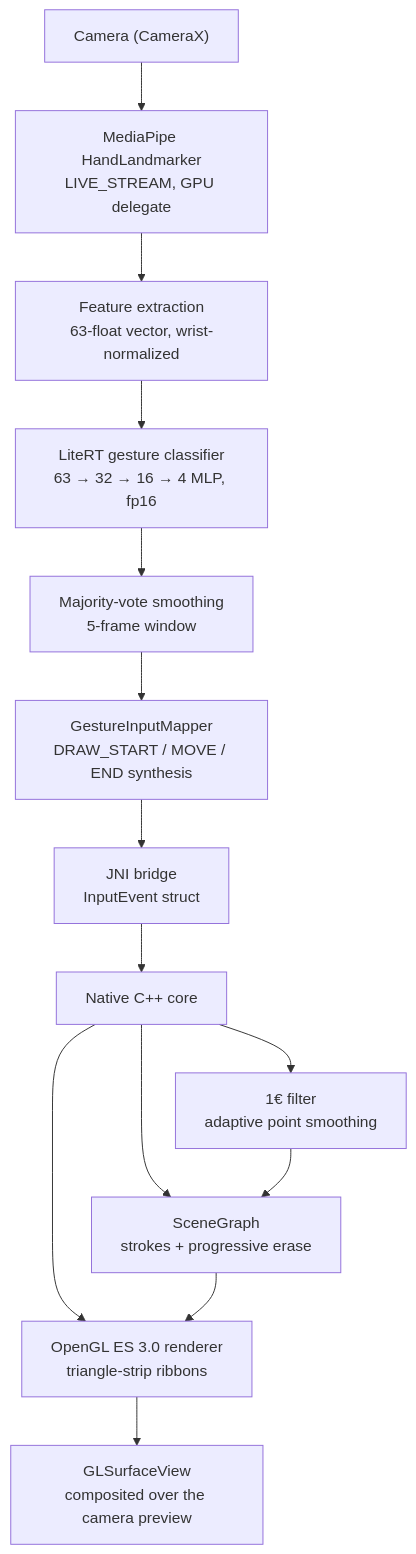
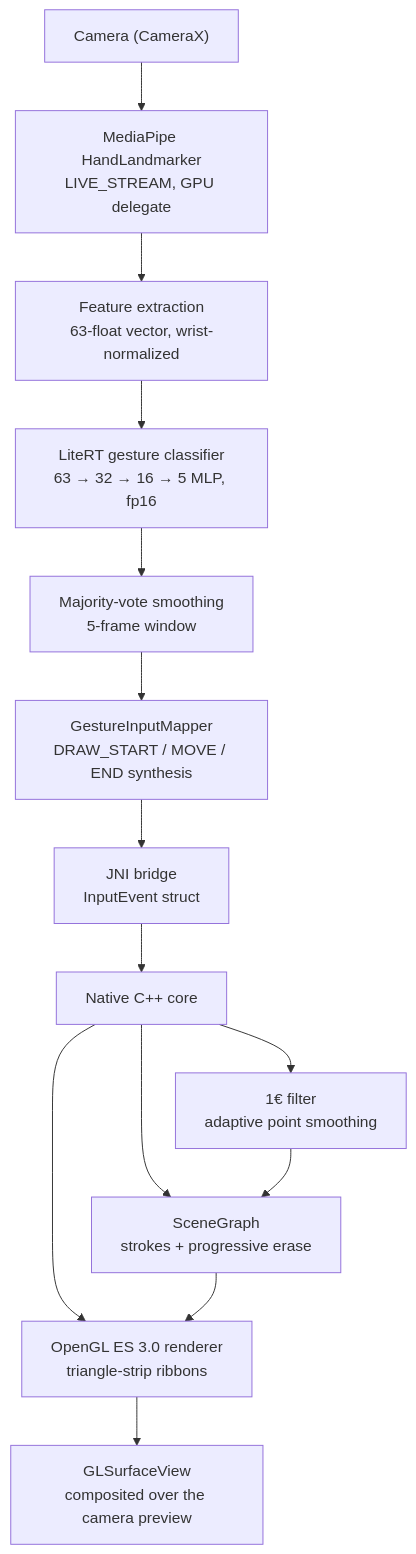
One commit to MaksimAbramenka/GestureControl changed the first of 2 diagrams in README.md. Above: the diagram before and after it, drawn with Mermaid. The commit also changed other lines of this file and 1 other file, not shown here.

````diff
--- a/README.md
+++ b/README.md
@@ -20,16 +21,16 @@
 ```mermaid
 graph TD
     A["Camera (CameraX)"] --> B["MediaPipe HandLandmarker<br/>LIVE_STREAM, GPU delegate"]
     B --> C["Feature extraction<br/>63-float vector, wrist-normalized"]
-    C --> D["LiteRT gesture classifier<br/>63 → 32 → 16 → 4 MLP, fp16"]
+    C --> D["LiteRT gesture classifier<br/>63 → 32 → 16 → 5 MLP, fp16"]
     D --> E["Majority-vote smoothing<br/>5-frame window"]
     E --> F["GestureInputMapper<br/>DRAW_START / MOVE / END synthesis"]
     F --> G["JNI bridge<br/>InputEvent struct"]
     G --> H["Native C++ core"]
     H --> H1["SceneGraph<br/>strokes + progressive erase"]
     H --> H2["1€ filter<br/>adaptive point smoothing"]
     H --> H3["OpenGL ES 3.0 renderer<br/>triangle-strip ribbons"]
     H2 --> H1
     H1 --> H3
     H3 --> I["GLSurfaceView<br/>composited over the camera preview"]
 ```
````
